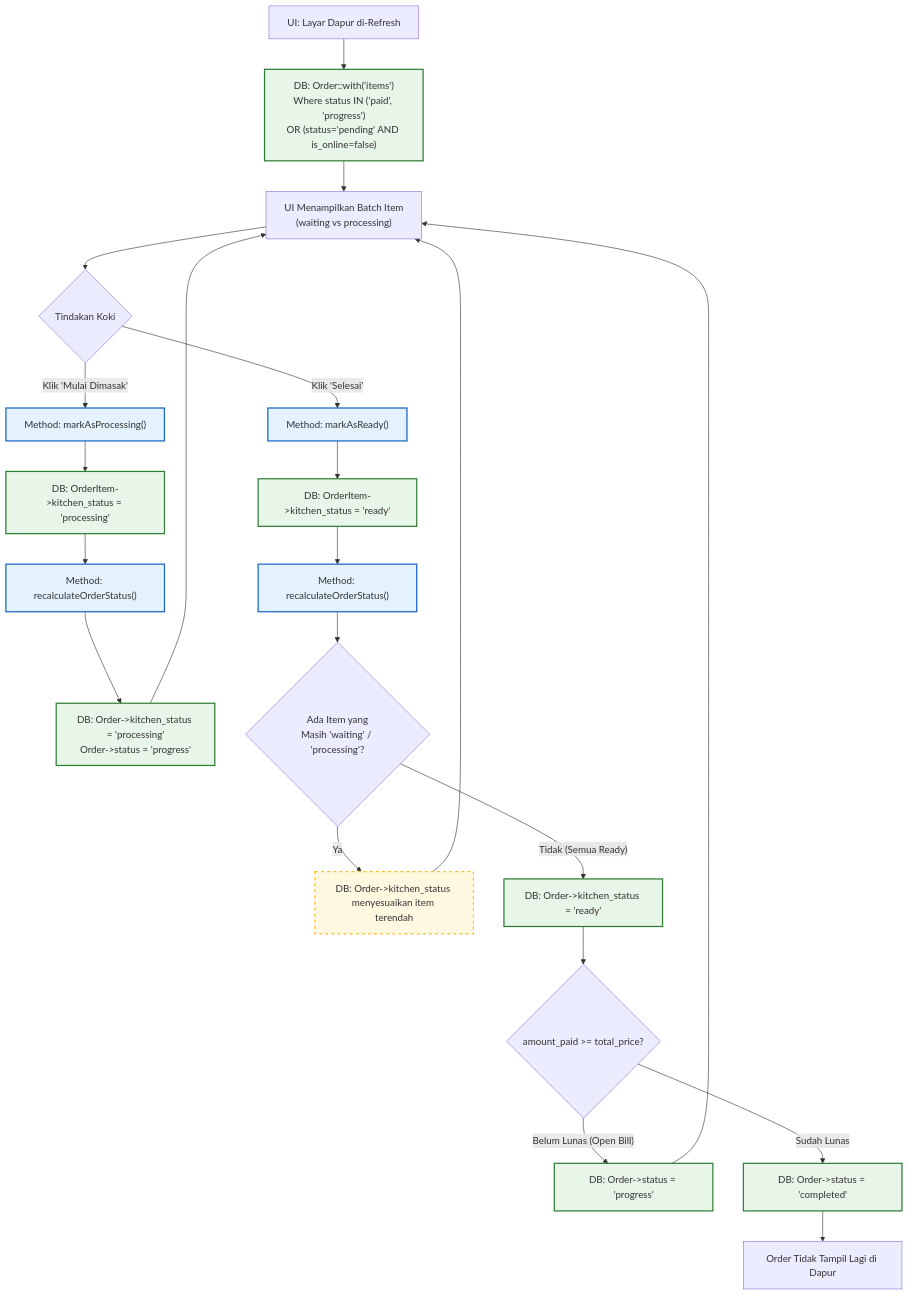
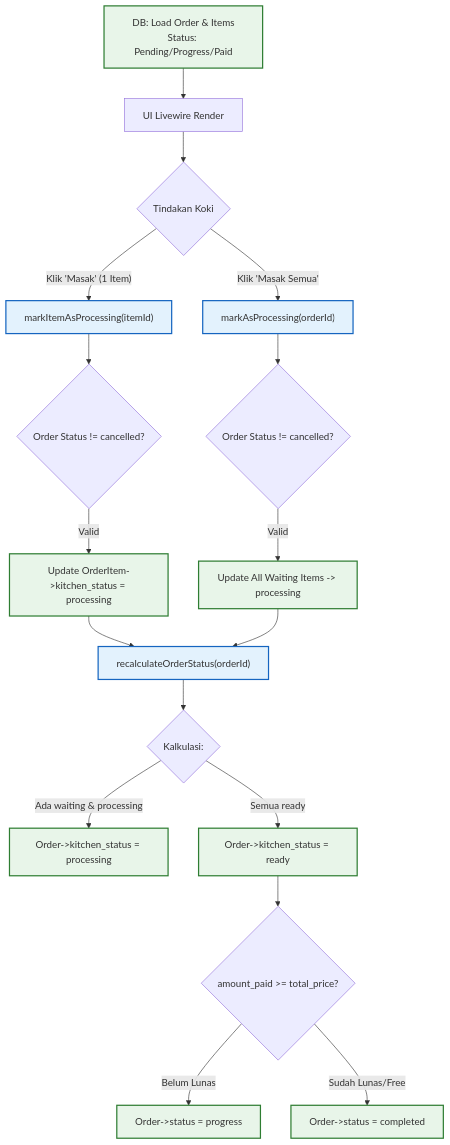
The second of 2 diagrams in POS_KITCHEN_FLOWCHART_ANALYSIS.md (ngopikode/pakaiapp-dash), drawn with Mermaid before and after one commit. The commit also changed other lines of this file and 1 other file, not shown here.

Commit message:
docs: update POS flowcharts to reflect new enterprise features and validations

````diff
--- a/POS_KITCHEN_FLOWCHART_ANALYSIS.md
+++ b/POS_KITCHEN_FLOWCHART_ANALYSIS.md
@@ -60,44 +58,35 @@
 ```mermaid
 flowchart TD
     %% Styling
     classDef method fill:#e3f2fd,stroke:#1565c0,stroke-width:2px;
     classDef db fill:#e8f5e9,stroke:#2e7d32,stroke-width:2px;
-    classDef loop fill:#fff8e1,stroke:#fbc02d,stroke-width:2px,stroke-dasharray: 5 5;
-    classDef warning fill:#ffebee,stroke:#c62828,stroke-width:2px,color:#c62828;
 
-    LoadDapur["UI: Layar Dapur di-Refresh"] --> QueryDB
+    QueryDB["DB: Load Order & Items<br>Status: Pending/Progress/Paid"]:::db --> RenderUI
     
-    QueryDB["DB: Order::with('items')<br>Where status IN ('paid', 'progress')<br>OR (status='pending' AND is_online=false)"]:::db --> RenderUI
-    
-    RenderUI["UI Menampilkan Batch Item<br>(waiting vs processing)"] --> ActionChef
+    RenderUI["UI Livewire Render"] --> ActionChef
     
     ActionChef{"Tindakan Koki"}
     
-    %% Koki Klik Mulai Dimasak
-    ActionChef -- "Klik 'Mulai Dimasak'" --> M1["Method: markAsProcessing()"]:::method
-    M1 --> DB_Item_Process["DB: OrderItem->kitchen_status = 'processing'"]:::db
-    DB_Item_Process --> M2["Method: recalculateOrderStatus()"]:::method
+    %% Satuan
+    ActionChef -- "Klik 'Masak' (1 Item)" --> M1["markItemAsProcessing(itemId)"]:::method
+    M1 --> CekValid1{"Order Status != cancelled?"}
+    CekValid1 -- "Valid" --> DB_Item_Process["Update OrderItem->kitchen_status = processing"]:::db
     
-    M2 --> DB_Order_Process["DB: Order->kitchen_status = 'processing'<br>Order->status = 'progress'"]:::db
-    DB_Order_Process --> RenderUI
+    %% Massal
+    ActionChef -- "Klik 'Masak Semua'" --> M2["markAsProcessing(orderId)"]:::method
+    M2 --> CekValid2{"Order Status != cancelled?"}
+    CekValid2 -- "Valid" --> DB_All_Process["Update All Waiting Items -> processing"]:::db
     
-    %% Koki Klik Selesai
-    ActionChef -- "Klik 'Selesai'" --> M3["Method: markAsReady()"]:::method
-    M3 --> DB_Item_Ready["DB: OrderItem->kitchen_status = 'ready'"]:::db
-    DB_Item_Ready --> M4["Method: recalculateOrderStatus()"]:::method
+    DB_Item_Process --> Recalculate
+    DB_All_Process --> Recalculate
     
-    M4 --> CekSisa{"Ada Item yang<br>Masih 'waiting' / 'processing'?"}
+    Recalculate["recalculateOrderStatus(orderId)"]:::method --> CalcLogic
     
-    CekSisa -- "Ya" --> Loop_Order_Prog["DB: Order->kitchen_status menyesuaikan item terendah"]:::loop
-    Loop_Order_Prog --> RenderUI
+    CalcLogic{"Kalkulasi:"}
+    CalcLogic -- "Ada waiting & processing" --> SetProcessing["Order->kitchen_status = processing"]:::db
+    CalcLogic -- "Semua ready" --> SetReady["Order->kitchen_status = ready"]:::db
     
-    CekSisa -- "Tidak (Semua Ready)" --> DB_Order_Ready["DB: Order->kitchen_status = 'ready'"]:::db
-    
-    DB_Order_Ready --> CekLunas{"amount_paid >= total_price?"}
-    
-    CekLunas -- "Belum Lunas (Open Bill)" --> ProgressLagi["DB: Order->status = 'progress'"]:::db
-    CekLunas -- "Sudah Lunas" --> Completed["DB: Order->status = 'completed'"]:::db
-    
-    ProgressLagi --> RenderUI
-    Completed --> OrderHilang["Order Tidak Tampil Lagi di Dapur"]
+    SetReady --> CekLunas{"amount_paid >= total_price?"}
+    CekLunas -- "Belum Lunas" --> SetProgress["Order->status = progress"]:::db
+    CekLunas -- "Sudah Lunas/Free" --> SetCompleted["Order->status = completed"]:::db
 ```
````
